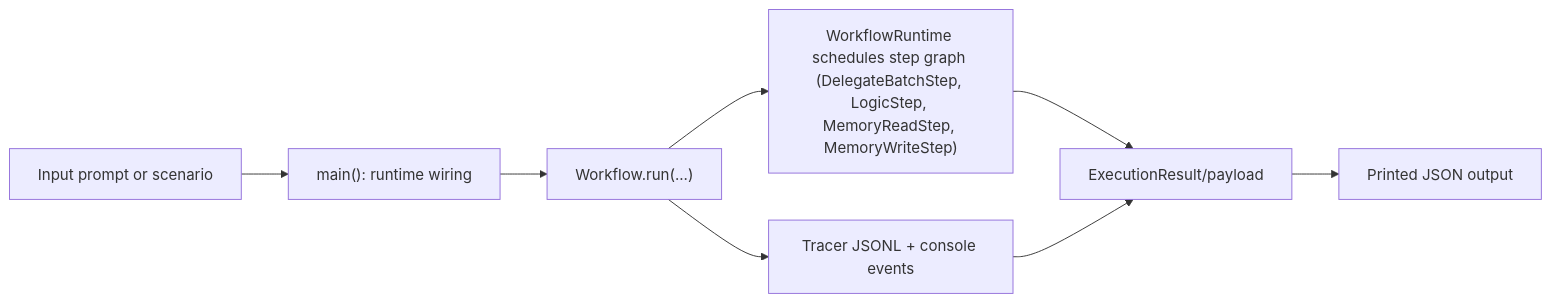
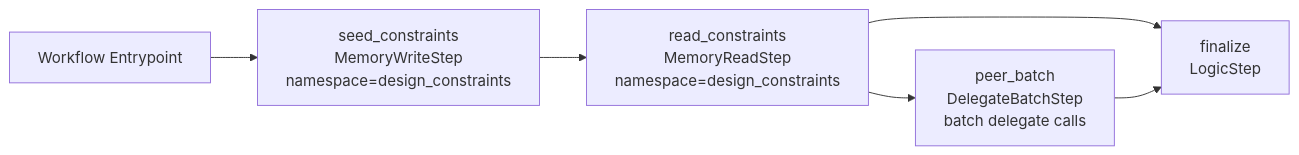
One commit to cmudrc/design-research-agents changed the diagram in docs/examples/workflow/workflow_delegate_and_memory_steps.rst. Above: the diagram before and after it, drawn with Mermaid. The commit also changed other lines of this file and 240 other files, not shown here.

```diff
--- a/docs/examples/workflow/workflow_delegate_and_memory_steps.rst
+++ b/docs/examples/workflow/workflow_delegate_and_memory_steps.rst
@@ -22,10 +24,13 @@
 .. mermaid::
 
    flowchart LR
-       A["Input prompt or scenario"] --> B["main(): runtime wiring"]
-       B --> C["Workflow.run(...)"]
-       C --> D["WorkflowRuntime schedules step graph (DelegateBatchStep, LogicStep, MemoryReadStep, MemoryWriteStep)"]
-       C --> E["Tracer JSONL + console events"]
-       D --> F["ExecutionResult/payload"]
-       E --> F
-       F --> G["Printed JSON output"]
+       workflow_entry["Workflow Entrypoint"]
+       step_1["seed_constraints<br/>MemoryWriteStep<br/>namespace=design_constraints"]
+       step_2["read_constraints<br/>MemoryReadStep<br/>namespace=design_constraints"]
+       step_3["peer_batch<br/>DelegateBatchStep<br/>batch delegate calls"]
+       step_4["finalize<br/>LogicStep"]
+       workflow_entry --> step_1
+       step_1 --> step_2
+       step_2 --> step_3
+       step_2 --> step_4
+       step_3 --> step_4
```
